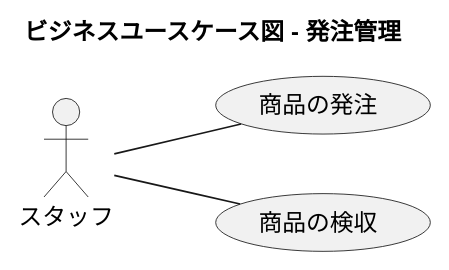
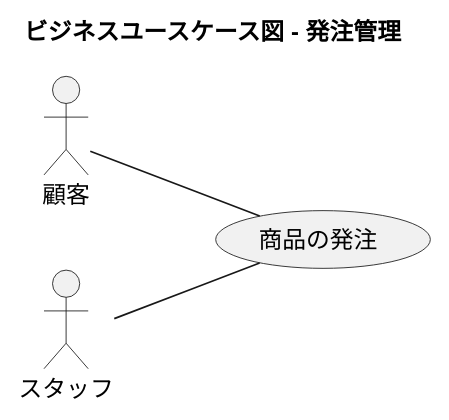
Before and after one commit to k2works/application_programing_excercise_2022: the seventh of 20 diagrams in docs/index.adoc, drawn with PlantUML. The commit also changed other lines of this file, not shown here.

```diff
--- a/docs/index.adoc
+++ b/docs/index.adoc
@@ -275,18 +276,18 @@
 [plantuml]
 ----
 @startuml
 
 title ビジネスユースケース図 - 発注管理
 
 left to right direction
 
-actor スタッフ as ac_01
+actor 顧客 as ac_01
+actor スタッフ as ac_02
 
 usecase 商品の発注 as uc_01
-usecase 商品の検収 as uc_02
 
 ac_01 -- (uc_01)
-ac_01 -- (uc_02)
+ac_02 -- (uc_01)
 
 @enduml
 ----
```
